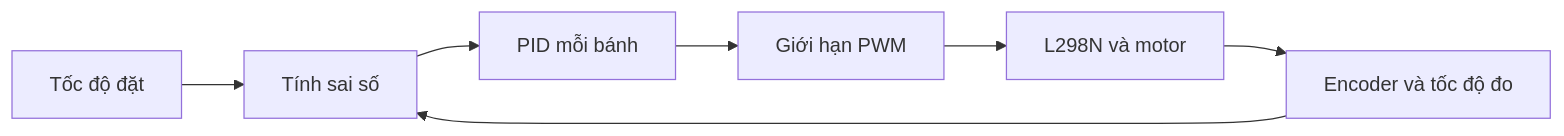
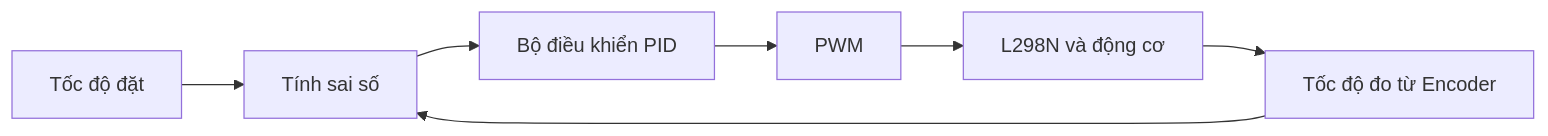
Before and after one commit to robovisVN/robovis-manual: the first of 2 diagrams in docs/robot-esp32/bai-giang/10-pid.md, drawn with Mermaid. The commit also changed other lines of this file and 2 other files, not shown here.

````diff
--- a/docs/robot-esp32/bai-giang/10-pid.md
+++ b/docs/robot-esp32/bai-giang/10-pid.md
@@ -23,9 +95,9 @@
 ```mermaid
 flowchart LR
-    A[Tốc độ đặt] --> B[Tính sai số]
-    B --> C[PID mỗi bánh]
-    C --> D[Giới hạn PWM]
-    D --> E[L298N và motor]
-    E --> F[Encoder và tốc độ đo]
-    F --> B
+    A["Tốc độ đặt"] --> B["Tính sai số"]
+    F["Tốc độ đo từ Encoder"] --> B
+    B --> C["Bộ điều khiển PID"]
+    C --> D["PWM"]
+    D --> E["L298N và động cơ"]
+    E --> F
 ```
````
